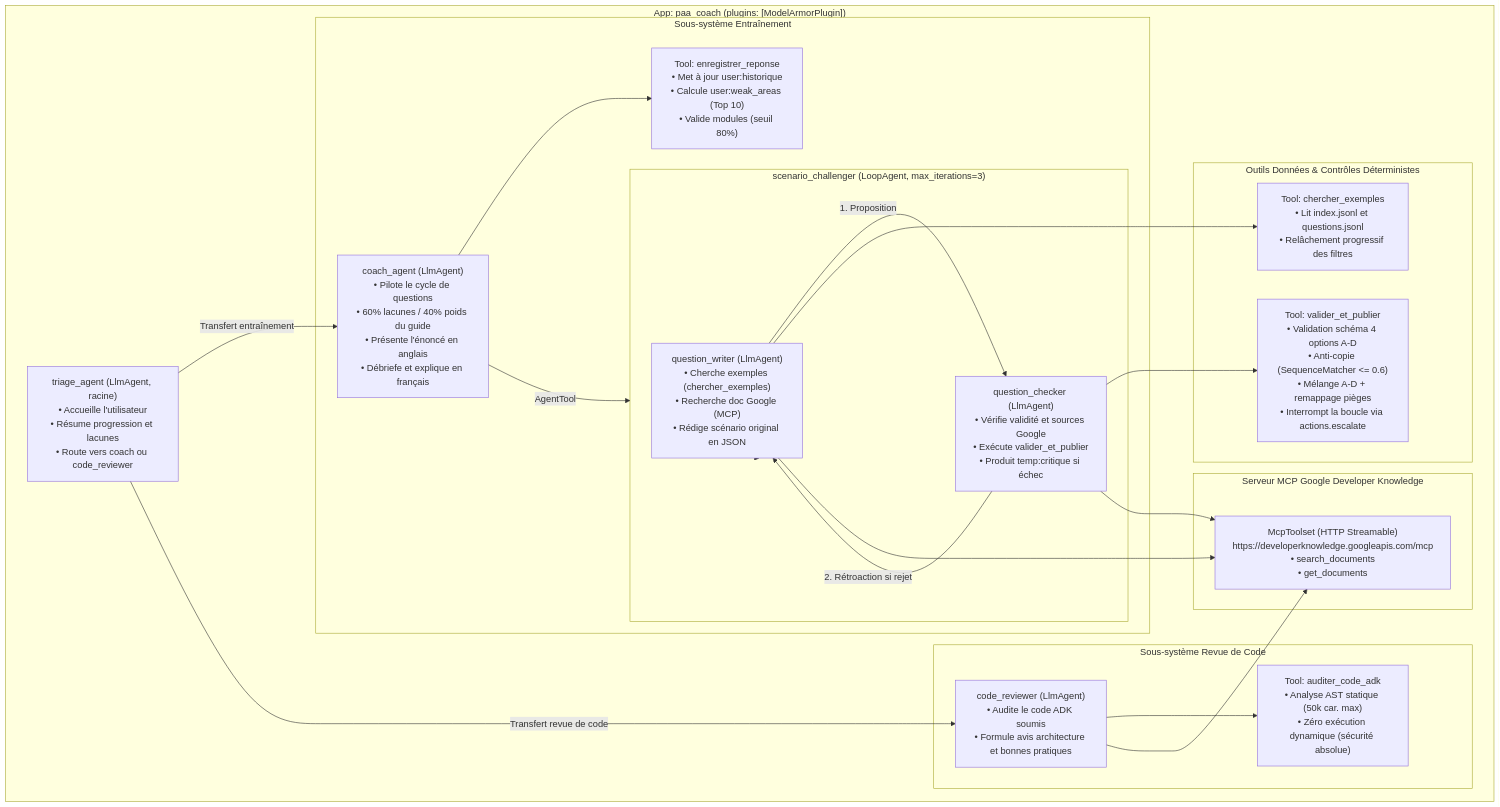
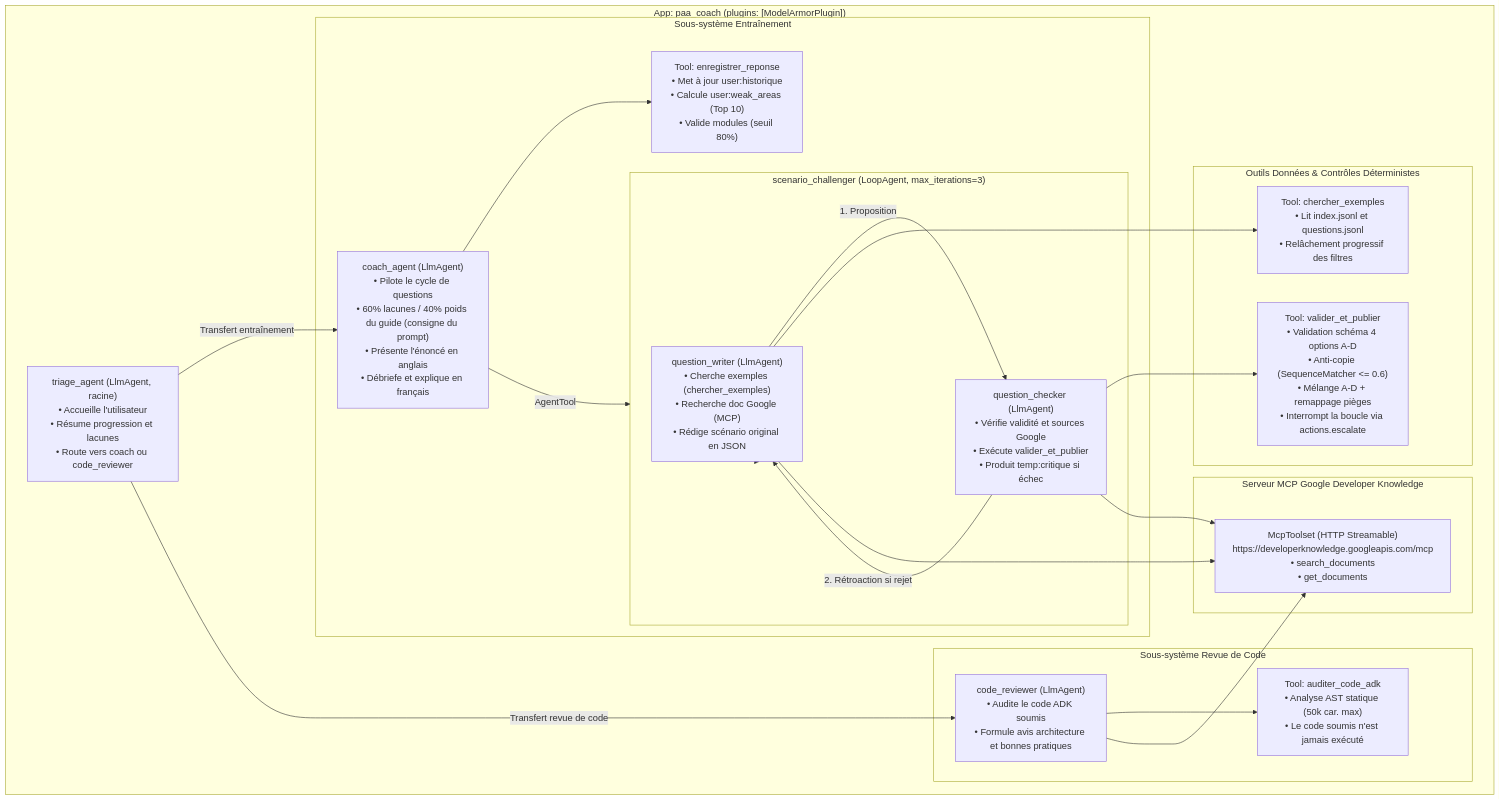
The diagram in README.md (sailwaelan-dotcom/paa-coach), drawn with Mermaid before and after one commit. The commit also changed other lines of this file and 9 other files, not shown here.

````diff
--- a/README.md
+++ b/README.md
@@ -29,49 +29,49 @@
 ```mermaid
 flowchart TD
     subgraph App ["App: paa_coach (plugins: [ModelArmorPlugin])"]
         Triage["triage_agent (LlmAgent, racine)<br/>• Accueille l'utilisateur<br/>• Résume progression et lacunes<br/>• Route vers coach ou code_reviewer"]
 
         subgraph CoachFlow ["Sous-système Entraînement"]
-            Coach["coach_agent (LlmAgent)<br/>• Pilote le cycle de questions<br/>• 60% lacunes / 40% poids du guide<br/>• Présente l'énoncé en anglais<br/>• Débriefe et explique en français"]
+            Coach["coach_agent (LlmAgent)<br/>• Pilote le cycle de questions<br/>• 60% lacunes / 40% poids du guide (consigne du prompt)<br/>• Présente l'énoncé en anglais<br/>• Débriefe et explique en français"]
             
             subgraph Challenger ["scenario_challenger (LoopAgent, max_iterations=3)"]
                 Writer["question_writer (LlmAgent)<br/>• Cherche exemples (chercher_exemples)<br/>• Recherche doc Google (MCP)<br/>• Rédige scénario original en JSON"]
                 Checker["question_checker (LlmAgent)<br/>• Vérifie validité et sources Google<br/>• Exécute valider_et_publier<br/>• Produit temp:critique si échec"]
             end
 
             SaveTool["Tool: enregistrer_reponse<br/>• Met à jour user:historique<br/>• Calcule user:weak_areas (Top 10)<br/>• Valide modules (seuil 80%)"]
         end
 
         subgraph CodeReviewFlow ["Sous-système Revue de Code"]
             Reviewer["code_reviewer (LlmAgent)<br/>• Audite le code ADK soumis<br/>• Formule avis architecture et bonnes pratiques"]
-            AuditTool["Tool: auditer_code_adk<br/>• Analyse AST statique (50k car. max)<br/>• Zéro exécution dynamique (sécurité absolue)"]
+            AuditTool["Tool: auditer_code_adk<br/>• Analyse AST statique (50k car. max)<br/>• Le code soumis n'est jamais exécuté"]
         end
 
         subgraph CustomTools ["Outils Données & Contrôles Déterministes"]
             SearchTool["Tool: chercher_exemples<br/>• Lit index.jsonl et questions.jsonl<br/>• Relâchement progressif des filtres"]
             ValidateTool["Tool: valider_et_publier<br/>• Validation schéma 4 options A-D<br/>• Anti-copie (SequenceMatcher <= 0.6)<br/>• Mélange A-D + remappage pièges<br/>• Interrompt la boucle via actions.escalate"]
         end
 
         subgraph McpServer ["Serveur MCP Google Developer Knowledge"]
             Mcp["McpToolset (HTTP Streamable)<br/>https://developerknowledge.googleapis.com/mcp<br/>• search_documents<br/>• get_documents"]
         end
     end
 
     Triage -->|Transfert entraînement| Coach
     Triage -->|Transfert revue de code| Reviewer
 
     Coach -->|AgentTool| Challenger
     Challenger --> Writer
     Writer -->|1. Proposition| Checker
     Checker -->|2. Rétroaction si rejet| Writer
 
     Writer --> SearchTool
     Writer --> Mcp
     Checker --> ValidateTool
     Checker --> Mcp
 
     Coach --> SaveTool
 
     Reviewer --> AuditTool
     Reviewer --> Mcp
 ```
````
